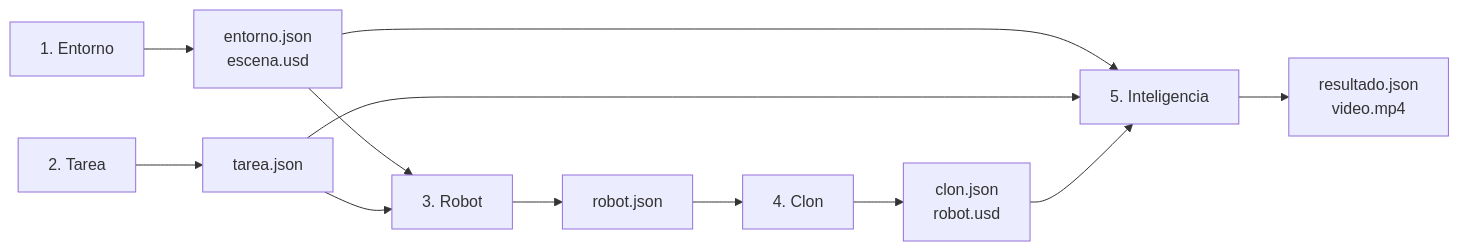
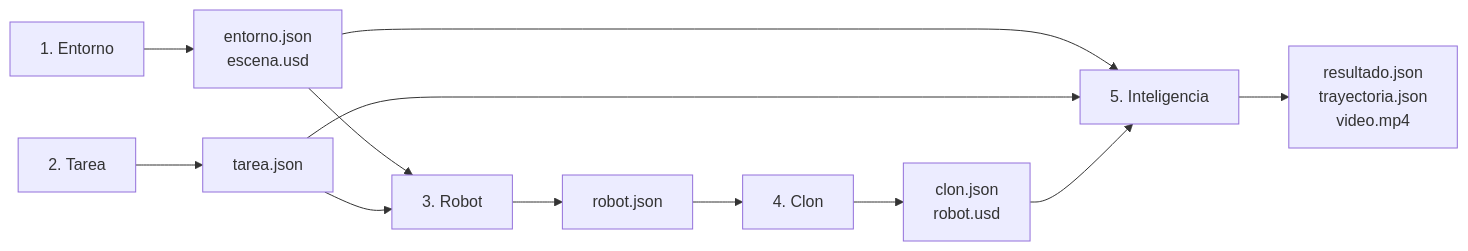
One commit to platanus-hack/platanus-hack-26-cl-team-4 changed the diagram in docs/contrato-datos.md. Above: the diagram before and after it, drawn with Mermaid. The commit also changed other lines of this file and 1 other file, not shown here.

````diff
--- a/docs/contrato-datos.md
+++ b/docs/contrato-datos.md
@@ -6,8 +6,8 @@
 ```mermaid
 flowchart LR
   E[1. Entorno] --> EJ[entorno.json<br/>escena.usd]
   T[2. Tarea] --> TJ[tarea.json]
   EJ & TJ --> R[3. Robot] --> RJ[robot.json]
   RJ --> C[4. Clon] --> CJ[clon.json<br/>robot.usd]
-  EJ & TJ & CJ --> I[5. Inteligencia] --> IJ[resultado.json<br/>video.mp4]
+  EJ & TJ & CJ --> I[5. Inteligencia] --> IJ[resultado.json<br/>trayectoria.json<br/>video.mp4]
 ```
````
